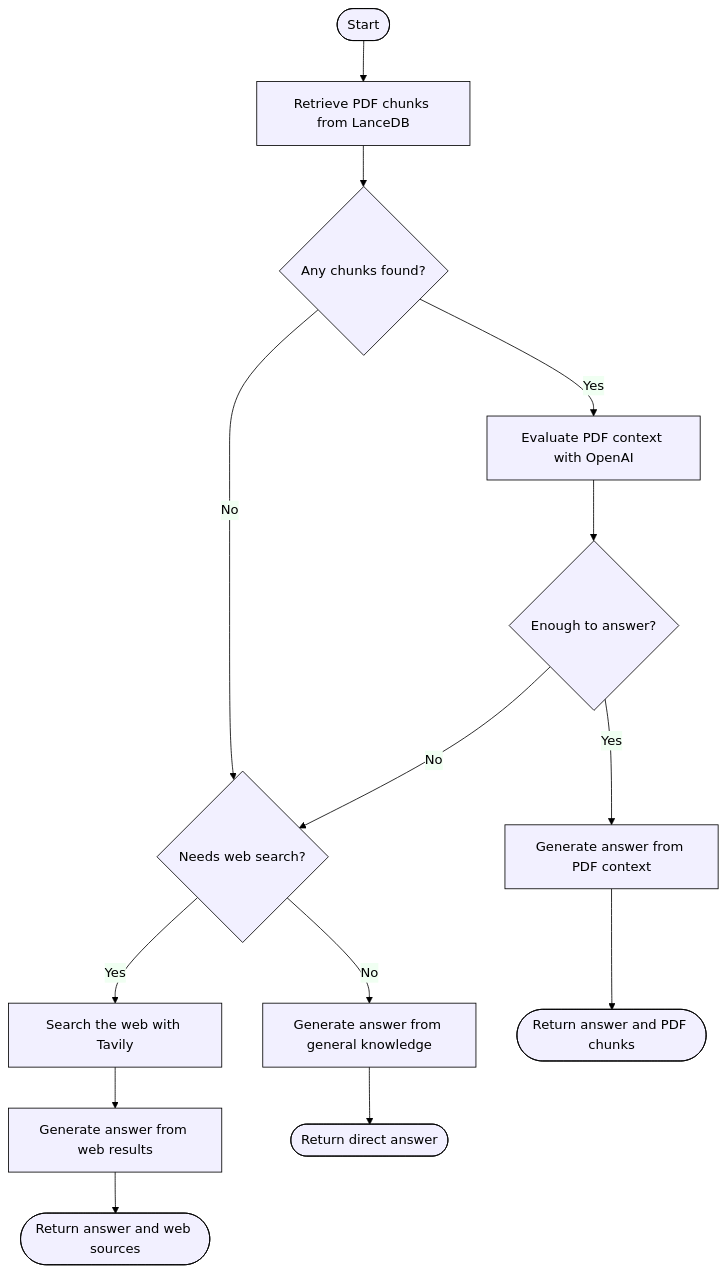
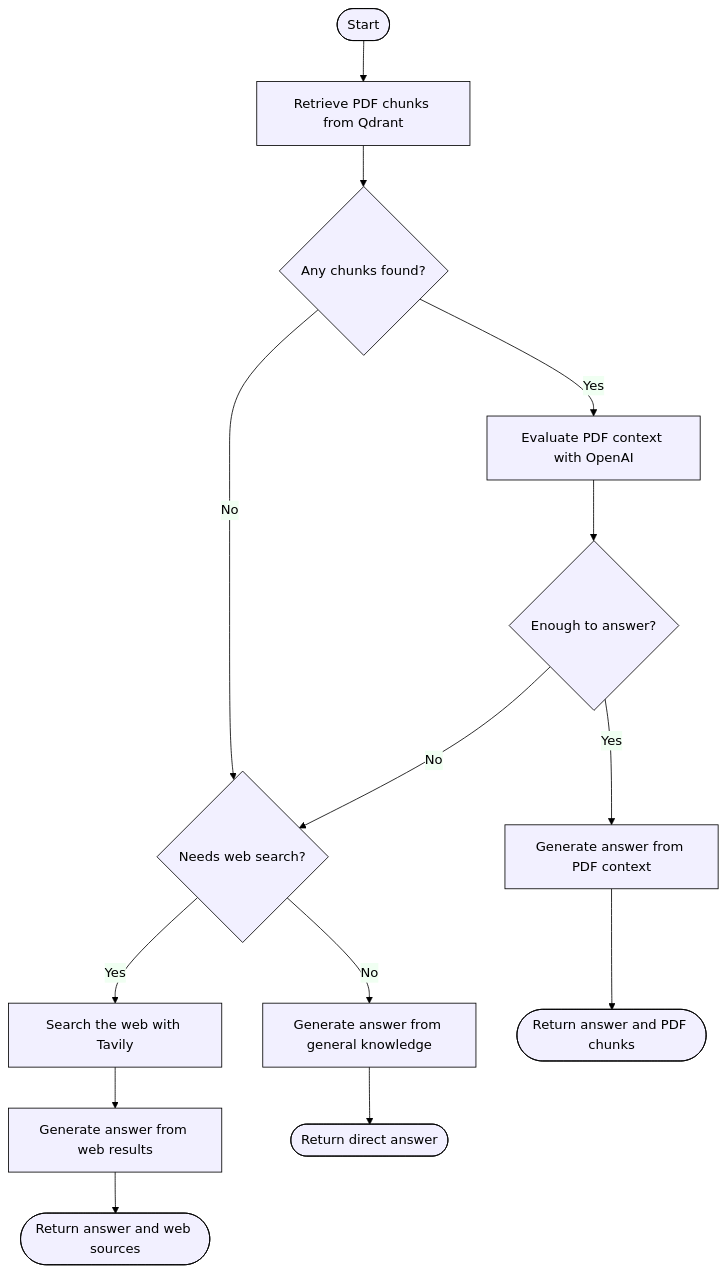
The diagram in node-chat-bot/README.md (utk23dubey/CHATBOT), drawn with Mermaid before and after one commit. The commit also changed other lines of this file and 12 other files, not shown here.

````diff
--- a/node-chat-bot/README.md
+++ b/node-chat-bot/README.md
@@ -88,17 +99,17 @@
 ```mermaid
 %%{init: {'theme': 'base', 'themeVariables': {'primaryColor': '#f2f0ff', 'primaryTextColor': '#000000', 'secondaryTextColor': '#000000', 'tertiaryTextColor': '#000000', 'lineColor': '#000000', 'primaryBorderColor': '#000000'}}}%%
 flowchart TD
-    START([Start]) --> RETRIEVE[Retrieve PDF chunks from LanceDB]
+    START([Start]) --> RETRIEVE[Retrieve PDF chunks from Qdrant]
     RETRIEVE --> HAS_DOCS{Any chunks found?}
     HAS_DOCS -- No --> ROUTE{Needs web search?}
     HAS_DOCS -- Yes --> EVALUATE[Evaluate PDF context with OpenAI]
     EVALUATE --> SUFFICIENT{Enough to answer?}
     SUFFICIENT -- Yes --> PDF_ANSWER[Generate answer from PDF context]
     SUFFICIENT -- No --> ROUTE
     ROUTE -- Yes --> WEB[Search the web with Tavily]
     ROUTE -- No --> LLM_ANSWER[Generate answer from general knowledge]
     WEB --> WEB_ANSWER[Generate answer from web results]
     PDF_ANSWER --> END([Return answer and PDF chunks])
     WEB_ANSWER --> WEB_END([Return answer and web sources])
     LLM_ANSWER --> LLM_END([Return direct answer])
 ```
````
